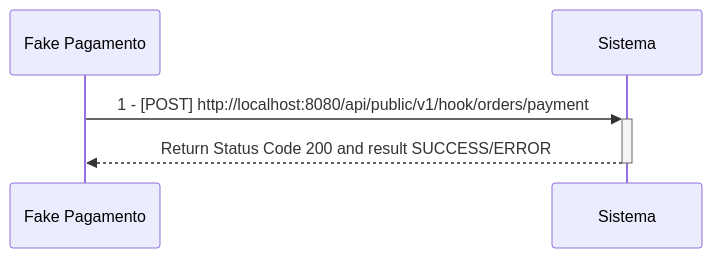
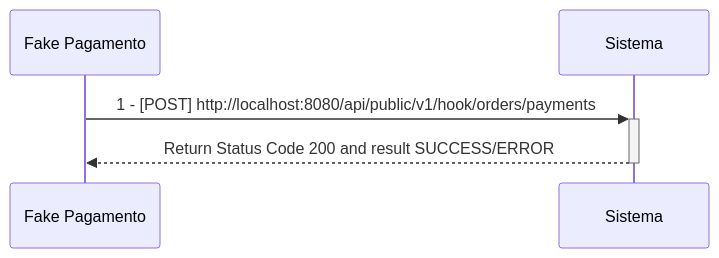
The second of 4 diagrams in README.md (fiap-8soat-tc-one/tc-backend), drawn with Mermaid before and after one commit. The commit also changed other lines of this file and 103 other files, not shown here.

First line of the commit message:
Feature/list orders by date and create payment status api (#1)

````diff
--- a/README.md
+++ b/README.md
@@ -121,5 +121,5 @@
 ```mermaid
 sequenceDiagram
-    Fake Pagamento->>+Sistema: 1 - [POST] http://localhost:8080/api/public/v1/hook/orders/payment
+    Fake Pagamento->>+Sistema: 1 - [POST] http://localhost:8080/api/public/v1/hook/orders/payments
     Sistema-->>-Fake Pagamento: Return Status Code 200 and result SUCCESS/ERROR
 ```
````
